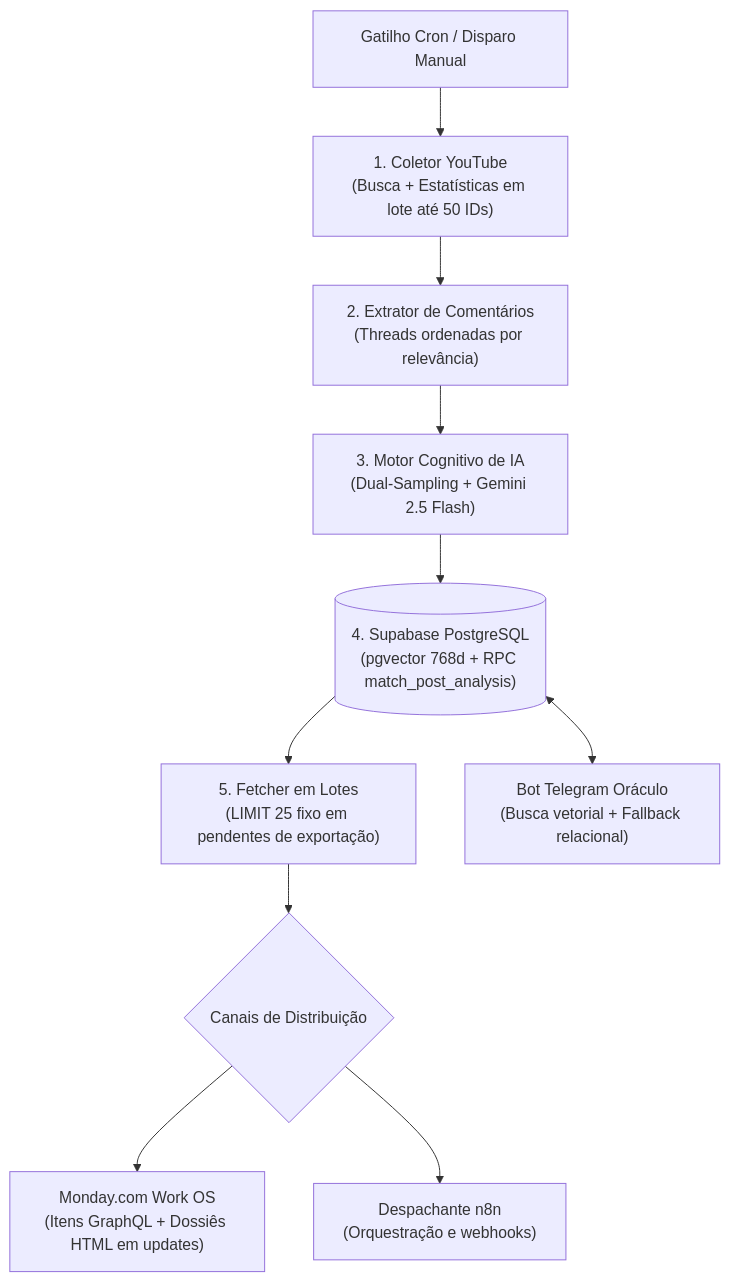
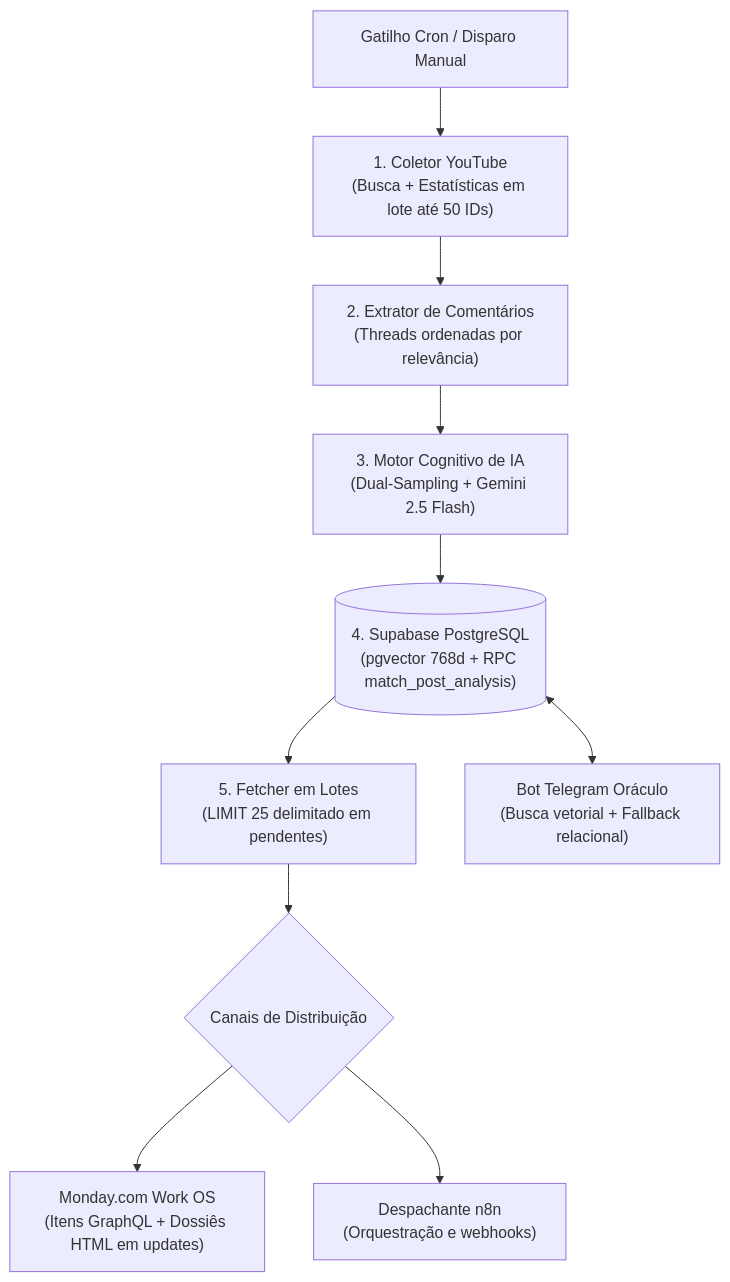
The diagram in README.pt-br.md (jraphaelcunha/trend-intelligence-engine), drawn with Mermaid before and after one commit. The commit also changed other lines of this file and 1 other file, not shown here.

Commit message:
docs: align schema validation scope, batch record limits, and CI baseline description

````diff
--- a/README.pt-br.md
+++ b/README.pt-br.md
@@ -44,12 +44,12 @@
 ```mermaid
 flowchart TD
     Cron["Gatilho Cron / Disparo Manual"] --> Collector["1. Coletor YouTube\n(Busca + Estatísticas em lote até 50 IDs)"]
     Collector --> Scraper["2. Extrator de Comentários\n(Threads ordenadas por relevância)"]
     Scraper --> Analyzer["3. Motor Cognitivo de IA\n(Dual-Sampling + Gemini 2.5 Flash)"]
     Analyzer --> Supabase[("4. Supabase PostgreSQL\n(pgvector 768d + RPC match_post_analysis)")]
-    Supabase --> Fetcher["5. Fetcher em Lotes\n(LIMIT 25 fixo em pendentes de exportação)"]
+    Supabase --> Fetcher["5. Fetcher em Lotes\n(LIMIT 25 delimitado em pendentes)"]
     Fetcher --> Distribution{"Canais de Distribuição"}
     Distribution --> Monday["Monday.com Work OS\n(Itens GraphQL + Dossiês HTML em updates)"]
     Distribution --> N8N["Despachante n8n\n(Orquestração e webhooks)"]
     Supabase <--> Telegram["Bot Telegram Oráculo\n(Busca vetorial + Fallback relacional)"]
 ```
````
